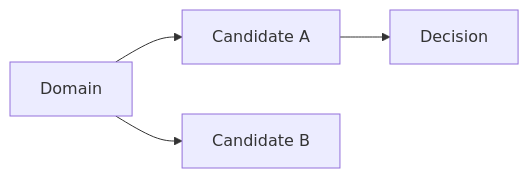
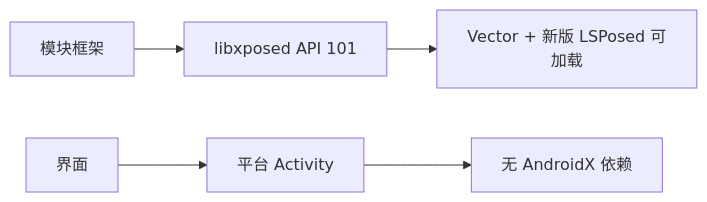
Before and after one commit to adam-ikari/Titan2Toolkit: the diagram in brain/stack.md, drawn with Mermaid. The commit also changed other lines of this file and 25 other files, not shown here.

````diff
--- a/brain/stack.md
+++ b/brain/stack.md
@@ -16,6 +23,7 @@
 ```mermaid
 graph LR
-  D[Domain] --> C1[Candidate A]
-  D --> C2[Candidate B]
-  C1 --> P[Decision]
+  F[模块框架] --> L[libxposed API 101]
+  L --> R[Vector + 新版 LSPosed 可加载]
+  U[界面] --> P[平台 Activity]
+  P --> S[无 AndroidX 依赖]
 ```
````
